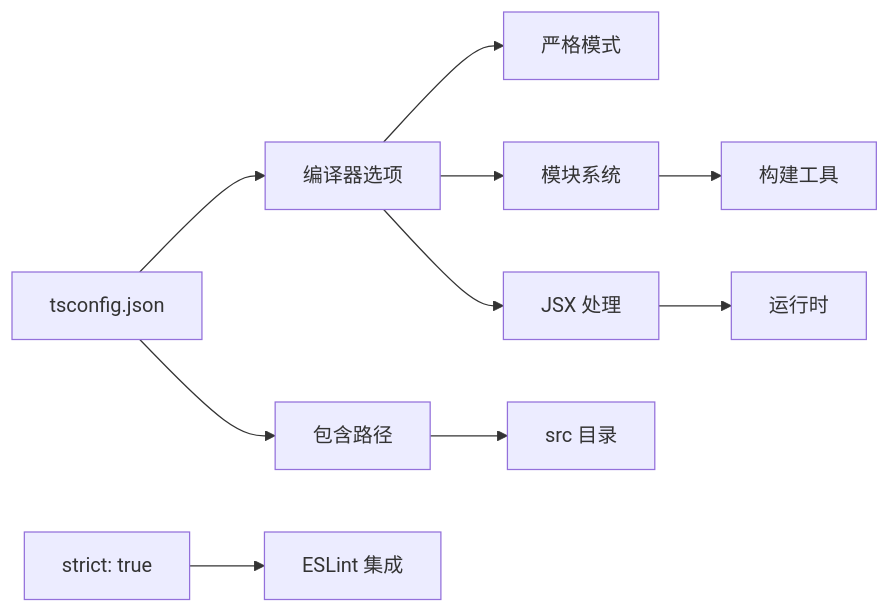
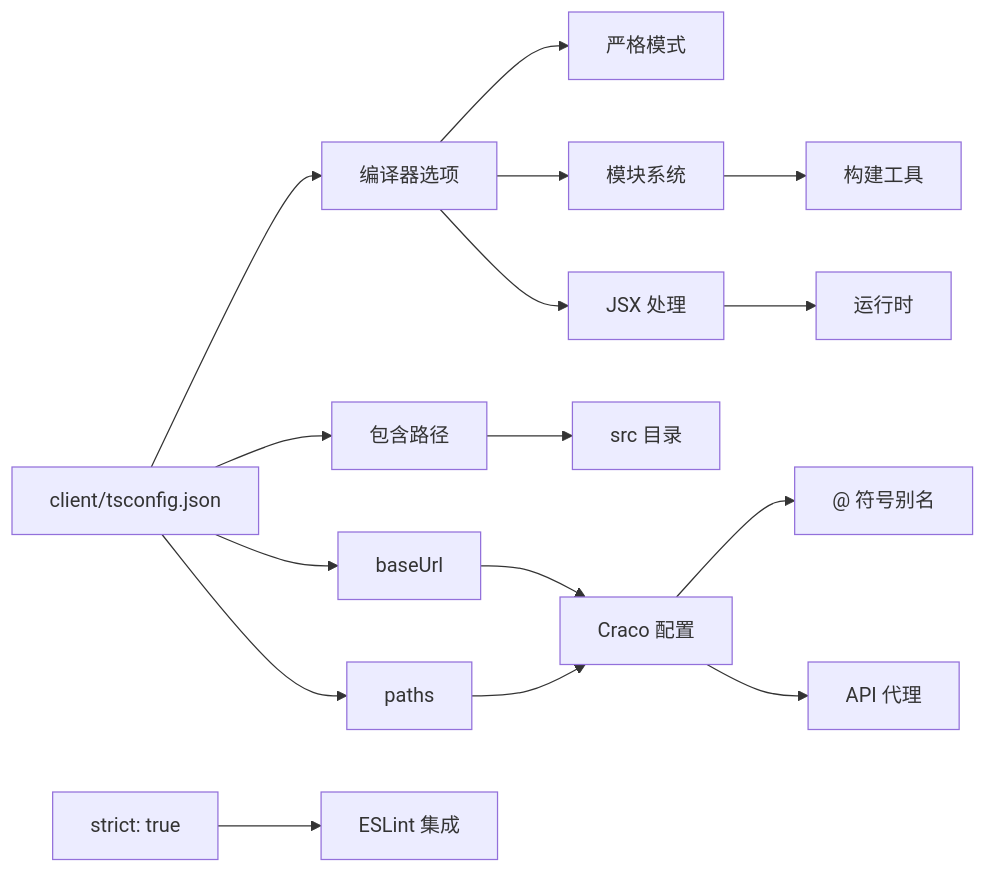
Before and after one commit to kkxxll/reactNext: the seventh of 7 diagrams in .qoder/repowiki/zh/content/开发工具链/TypeScript 编译配置.md, drawn with Mermaid. The commit also changed other lines of this file and 12 other files, not shown here.

````diff
--- a/.qoder/repowiki/zh/content/开发工具链/TypeScript 编译配置.md
+++ b/.qoder/repowiki/zh/content/开发工具链/TypeScript 编译配置.md
@@ -383,12 +444,18 @@
 ```mermaid
 flowchart LR
-TS["tsconfig.json"] --> COMP["编译器选项"]
+TS["client/tsconfig.json"] --> COMP["编译器选项"]
 TS --> INC["包含路径"]
+TS --> BASE["baseUrl"]
+TS --> PATHS["paths"]
 COMP --> STRICT["严格模式"]
 COMP --> MOD["模块系统"]
 COMP --> JSX["JSX 处理"]
 INC --> SRC["src 目录"]
+BASE --> CRACO["Craco 配置"]
+PATHS --> CRACO
 STR["strict: true"] --> LINT["ESLint 集成"]
 MOD --> BUILD["构建工具"]
 JSX --> RUNTIME["运行时"]
+CRACO --> ALIAS["@ 符号别名"]
+CRACO --> PROXY["API 代理"]
 ```
````
